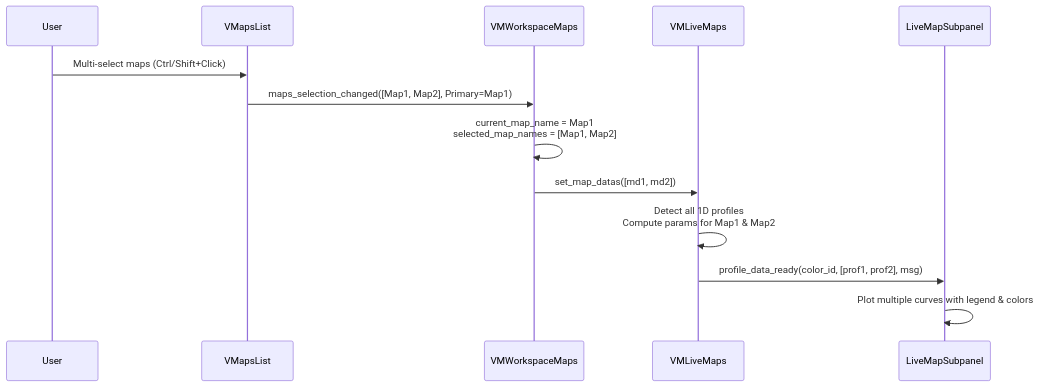
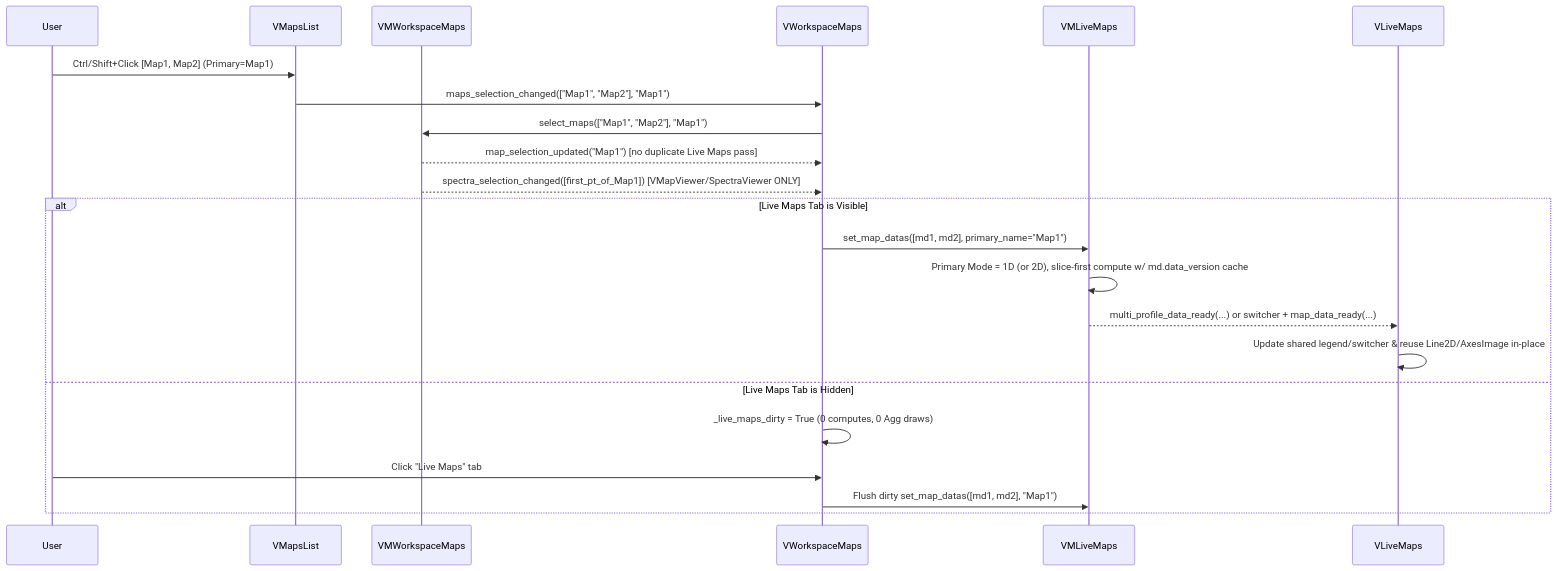
One commit to CEA-MetroCarac/SPECTROview changed the fourth of 5 diagrams in docs/roadmaps/multi_map_selection_live_maps.md. Above: the diagram before and after it, drawn with Mermaid. The commit also changed other lines of this file and 18 other files, not shown here.

First line of the commit message:
feat(maps): add multi-map selection and optimize Live Maps (Phases 0-4)

````diff
--- a/docs/roadmaps/multi_map_selection_live_maps.md
+++ b/docs/roadmaps/multi_map_selection_live_maps.md
@@ -129,16 +310,26 @@
 ```mermaid
 sequenceDiagram
     participant User
-    participant ML as VMapsList
+    participant List as VMapsList
     participant VM as VMWorkspaceMaps
+    participant Coord as VWorkspaceMaps
     participant VLM as VMLiveMaps
-    participant SP as LiveMapSubpanel
+    participant UI as VLiveMaps
 
-    User->>ML: Multi-select maps (Ctrl/Shift+Click)
-    ML->>VM: maps_selection_changed([Map1, Map2], Primary=Map1)
-    VM->>VM: current_map_name = Map1<br/>selected_map_names = [Map1, Map2]
-    VM->>VLM: set_map_datas([md1, md2])
-    VLM->>VLM: Detect all 1D profiles<br/>Compute params for Map1 & Map2
-    VLM->>SP: profile_data_ready(color_id, [prof1, prof2], msg)
-    SP->>SP: Plot multiple curves with legend & colors
+    User->>List: Ctrl/Shift+Click [Map1, Map2] (Primary=Map1)
+    List->>Coord: maps_selection_changed(["Map1", "Map2"], "Map1")
+    Coord->>VM: select_maps(["Map1", "Map2"], "Map1")
+    VM-->>Coord: map_selection_updated("Map1") [no duplicate Live Maps pass]
+    VM-->>Coord: spectra_selection_changed([first_pt_of_Map1]) [VMapViewer/SpectraViewer ONLY]
+
+    alt Live Maps Tab is Visible
+        Coord->>VLM: set_map_datas([md1, md2], primary_name="Map1")
+        VLM->>VLM: Primary Mode = 1D (or 2D), slice-first compute w/ md.data_version cache
+        VLM-->>UI: multi_profile_data_ready(...) or switcher + map_data_ready(...)
+        UI->>UI: Update shared legend/switcher & reuse Line2D/AxesImage in-place
+    else Live Maps Tab is Hidden
+        Coord->>Coord: _live_maps_dirty = True (0 computes, 0 Agg draws)
+        User->>Coord: Click "Live Maps" tab
+        Coord->>VLM: Flush dirty set_map_datas([md1, md2], "Map1")
+    end
 ```
````
